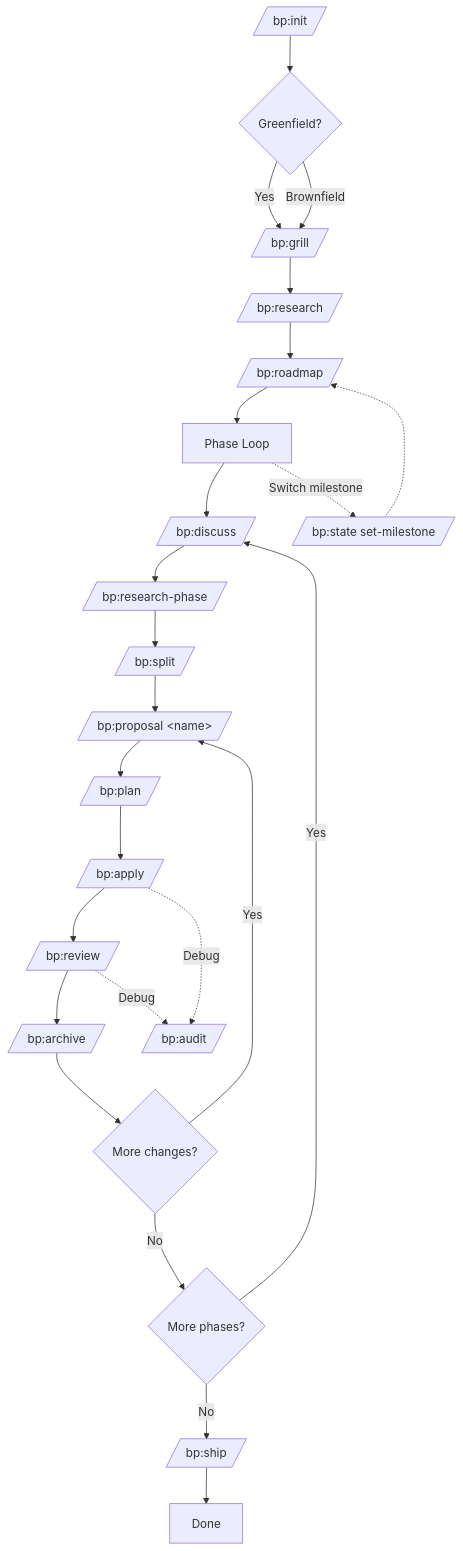
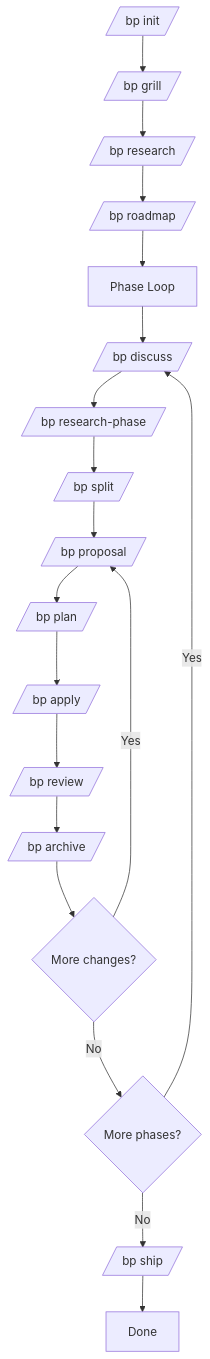
Before and after one commit to hyperion2144/blueprint: the diagram in README.md, drawn with Mermaid. The commit also changed other lines of this file, not shown here.

````diff
--- a/README.md
+++ b/README.md
@@ -133,29 +146,21 @@
 ```mermaid
 flowchart TD
-    A[/bp:init/] --> B{Greenfield?}
-    B -->|Yes| C[/bp:grill/]
-    B -->|Brownfield| C
-    C --> D[/bp:research/]
-    D --> E[/bp:roadmap/]
-    E --> F[Phase Loop]
-    F --> G[/bp:discuss/]
-    G --> H[/bp:research-phase/]
-    H --> I[/bp:split/]
-    I --> J[/bp:proposal &lt;name&gt;/]
-    J --> K[/bp:plan/]
-    K --> L[/bp:apply/]
-    L --> M[/bp:review/]
-    M --> N[/bp:archive/]
-    N --> O{More changes?}
-    O -->|Yes| J
-    O -->|No| P{More phases?}
-    P -->|Yes| G
-    P -->|No| Q[/bp:ship/]
-    Q --> R[Done]
-
-    F -.->|Switch milestone| S[/bp:state set-milestone/]
-    S -.-> E
-
-    L -.->|Debug| T[/bp:audit/]
-    M -.->|Debug| T
+    A[/bp init/] --> B[/bp grill/]
+    B --> C[/bp research/]
+    C --> D[/bp roadmap/]
+    D --> E[Phase Loop]
+    E --> F[/bp discuss/]
+    F --> G[/bp research-phase/]
+    G --> H[/bp split/]
+    H --> I[/bp proposal/]
+    I --> J[/bp plan/]
+    J --> K[/bp apply/]
+    K --> L[/bp review/]
+    L --> M[/bp archive/]
+    M --> N{More changes?}
+    N -->|Yes| I
+    N -->|No| O{More phases?}
+    O -->|Yes| F
+    O -->|No| P[/bp ship/]
+    P --> Q[Done]
 ```
````
